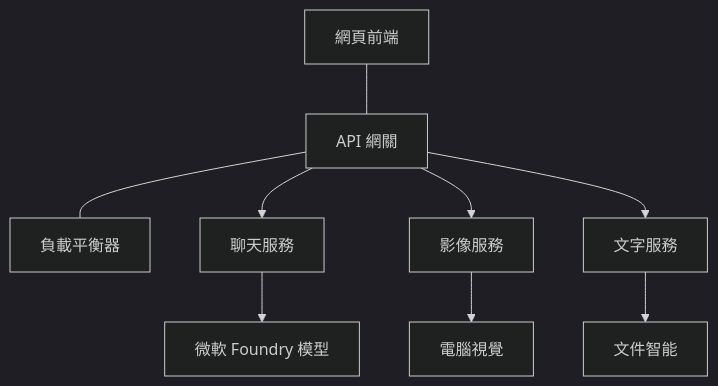
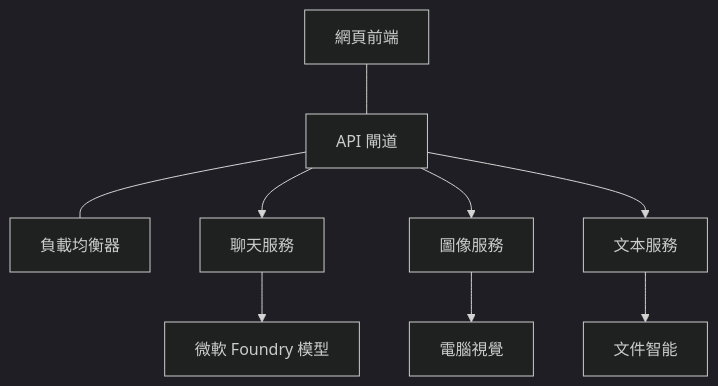
One commit to microsoft/AZD-for-beginners changed the diagram in translations/zh-MO/docs/chapter-08-production/production-ai-practices.md. Above: the diagram before and after it, drawn with Mermaid (dark theme). The commit also changed other lines of this file and 101 other files, not shown here.

````diff
--- a/translations/zh-MO/docs/chapter-08-production/production-ai-practices.md
+++ b/translations/zh-MO/docs/chapter-08-production/production-ai-practices.md
@@ -30,10 +30,10 @@
 ```mermaid
 graph TD
-    Frontend[網頁前端] --- Gateway[API 網關] --- LB[負載平衡器]
+    Frontend[網頁前端] --- Gateway[API 閘道] --- LB[負載均衡器]
     Gateway --> Chat[聊天服務]
-    Gateway --> Image[影像服務]
-    Gateway --> Text[文字服務]
+    Gateway --> Image[圖像服務]
+    Gateway --> Text[文本服務]
     Chat --> OpenAI[微軟 Foundry 模型]
     Image --> Vision[電腦視覺]
     Text --> DocIntel[文件智能]
-```
+```  
````
